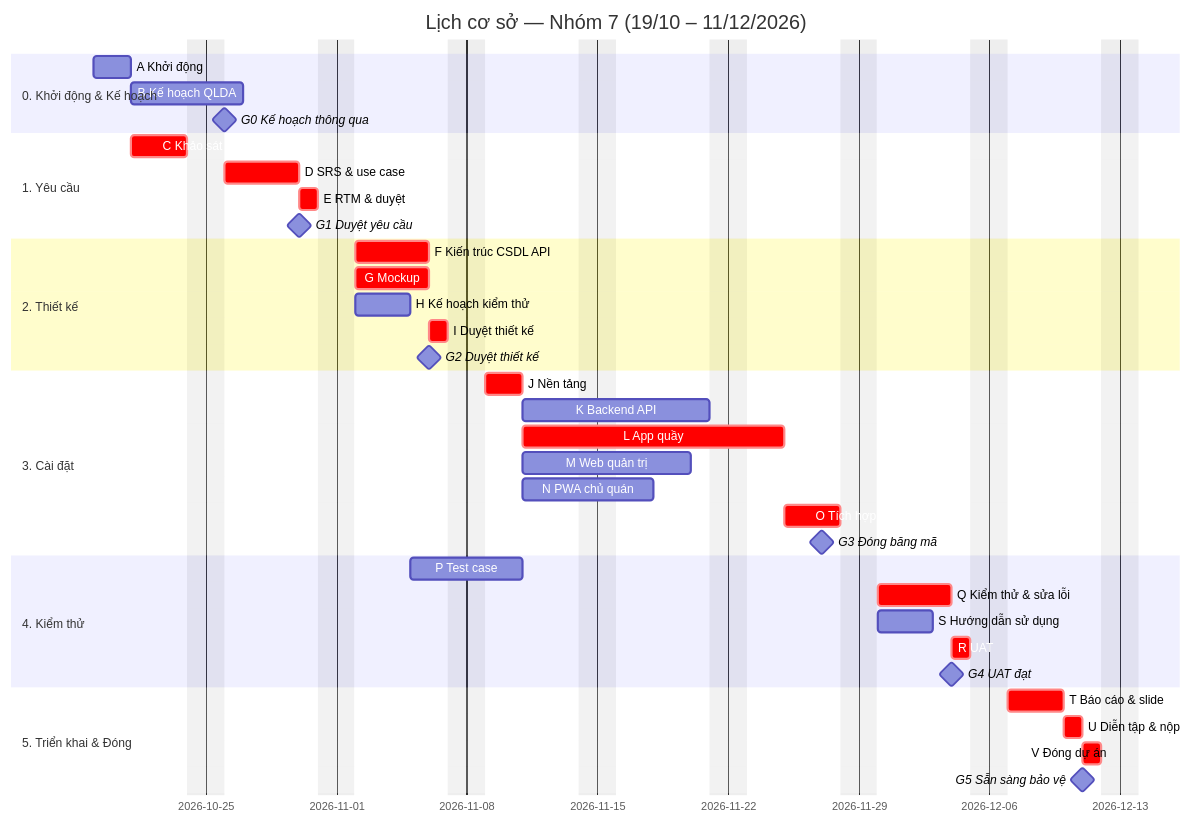
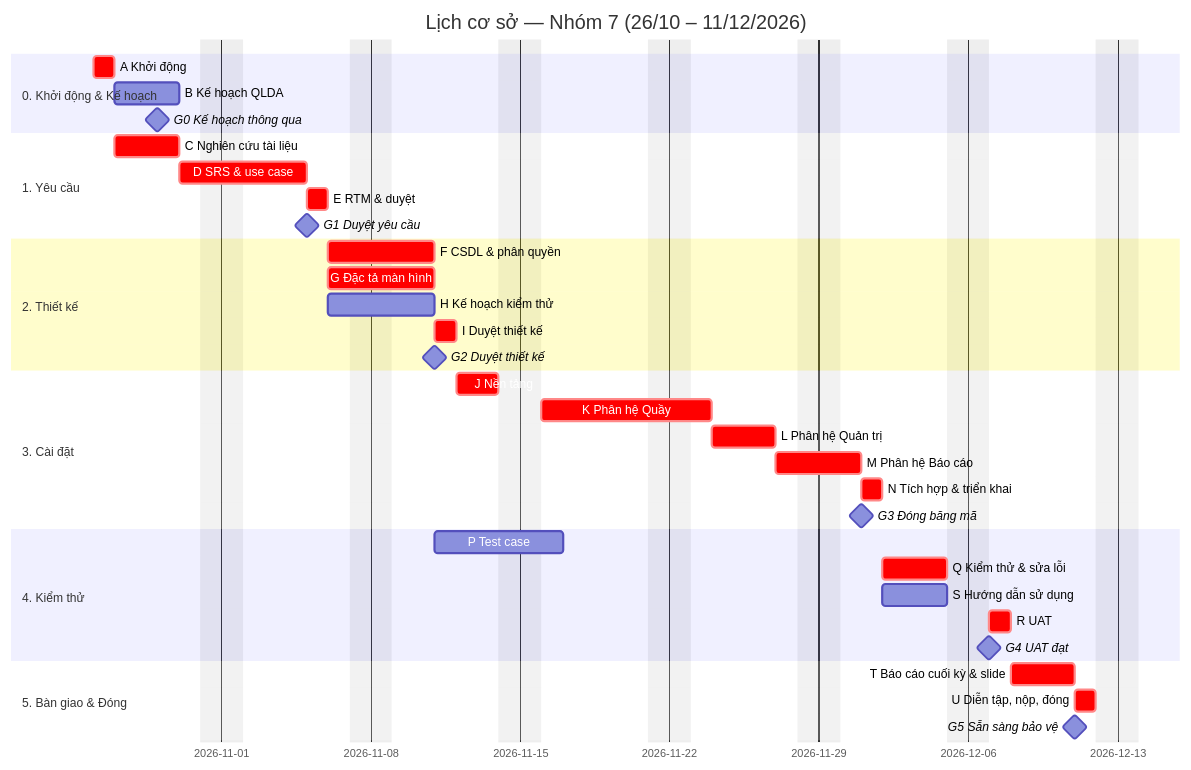
Before and after one commit to xuan-tu-ai/bia-hoi-pos: the second of 2 diagrams in docs/ke-hoach-quan-ly-du-an.md, drawn with Mermaid. The commit also changed other lines of this file and 14 other files, not shown here.

First line of the commit message:
docs: chuyển phạm vi sang một web app có phân quyền

````diff
--- a/docs/ke-hoach-quan-ly-du-an.md
+++ b/docs/ke-hoach-quan-ly-du-an.md
@@ -468,40 +457,38 @@
 ```mermaid
 gantt
-  title Lịch cơ sở — Nhóm 7 (19/10 – 11/12/2026)
+  title Lịch cơ sở — Nhóm 7 (26/10 – 11/12/2026)
   dateFormat YYYY-MM-DD
   excludes weekends
   section 0. Khởi động & Kế hoạch
-  A Khởi động                 :a, 2026-10-19, 2d
-  B Kế hoạch QLDA             :b, after a, 4d
-  G0 Kế hoạch thông qua       :milestone, g0, 2026-10-26, 0d
+  A Khởi động                 :crit, a, 2026-10-26, 1d
+  B Kế hoạch QLDA             :b, after a, 3d
+  G0 Kế hoạch thông qua       :milestone, g0, 2026-10-29, 0d
   section 1. Yêu cầu
-  C Khảo sát                  :crit, c, after a, 3d
+  C Nghiên cứu tài liệu       :crit, c, after a, 3d
   D SRS & use case            :crit, d, after c, 4d
   E RTM & duyệt               :crit, e, after d, 1d
-  G1 Duyệt yêu cầu            :milestone, g1, 2026-10-30, 0d
+  G1 Duyệt yêu cầu            :milestone, g1, 2026-11-05, 0d
   section 2. Thiết kế
-  F Kiến trúc CSDL API        :crit, f, after e, 4d
-  G Mockup                    :crit, g, after e, 4d
+  F CSDL & phân quyền         :crit, f, after e, 3d
+  G Đặc tả màn hình           :crit, g, after e, 3d
   H Kế hoạch kiểm thử         :h, after e, 3d
   I Duyệt thiết kế            :crit, i, after f, 1d
-  G2 Duyệt thiết kế           :milestone, g2, 2026-11-06, 0d
+  G2 Duyệt thiết kế           :milestone, g2, 2026-11-11, 0d
   section 3. Cài đặt
   J Nền tảng                  :crit, j, after i, 2d
-  K Backend API               :k, after j, 8d
-  L App quầy                  :crit, l, after j, 10d
-  M Web quản trị              :m, after j, 7d
-  N PWA chủ quán              :n, after j, 5d
-  O Tích hợp                  :crit, o, after l, 3d
-  G3 Đóng băng mã             :milestone, g3, 2026-11-27, 0d
+  K Phân hệ Quầy              :crit, k, after j, 6d
+  L Phân hệ Quản trị          :crit, l, after k, 3d
+  M Phân hệ Báo cáo           :crit, m, after l, 2d
+  N Tích hợp & triển khai     :crit, n, after m, 1d
+  G3 Đóng băng mã             :milestone, g3, 2026-12-01, 0d
   section 4. Kiểm thử
   P Test case                 :p, after h, 4d
-  Q Kiểm thử & sửa lỗi        :crit, q, after o, 4d
-  S Hướng dẫn sử dụng         :s, after o, 3d
+  Q Kiểm thử & sửa lỗi        :crit, q, after n, 3d
+  S Hướng dẫn sử dụng         :s, after n, 3d
   R UAT                       :crit, r, after q, 1d
-  G4 UAT đạt                  :milestone, g4, 2026-12-04, 0d
-  section 5. Triển khai & Đóng
-  T Báo cáo & slide           :crit, t, after r, 3d
-  U Diễn tập & nộp            :crit, u, after t, 1d
-  V Đóng dự án                :crit, v, after u, 1d
+  G4 UAT đạt                  :milestone, g4, 2026-12-07, 0d
+  section 5. Bàn giao & Đóng
+  T Báo cáo cuối kỳ & slide   :crit, t, after r, 3d
+  U Diễn tập, nộp, đóng       :crit, u, after t, 1d
   G5 Sẵn sàng bảo vệ          :milestone, g5, 2026-12-11, 0d
 ```
````
